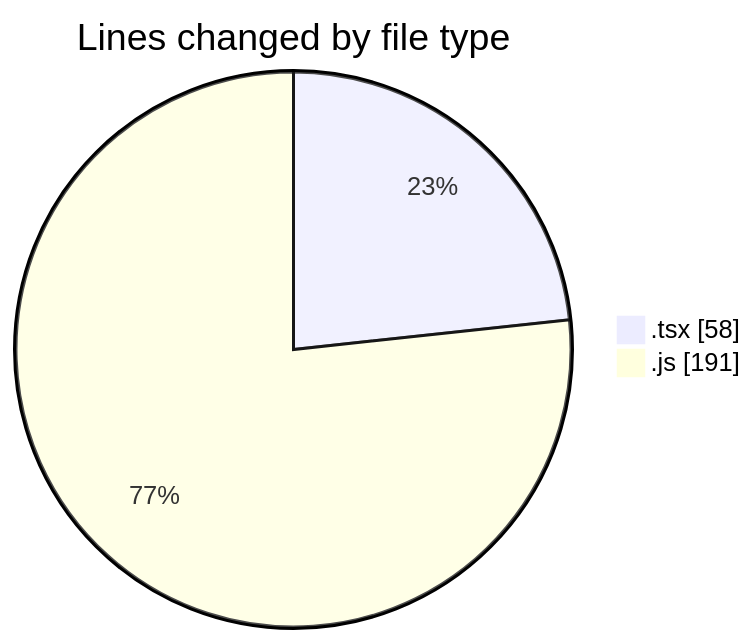
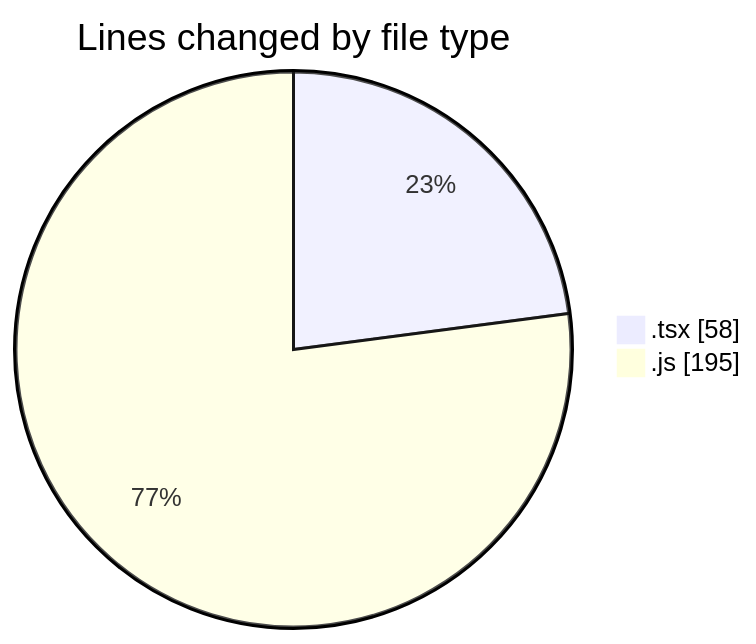
Before and after one commit to momahboobian/code-tracking: the first of 2 diagrams in 2025-03-07/cda/README.md, drawn with Mermaid. The commit also changed other lines of this file and 1 other file, not shown here.

````diff
--- a/2025-03-07/cda/README.md
+++ b/2025-03-07/cda/README.md
@@ -21,6 +21,6 @@
 ```mermaid
 pie showData
 title Lines changed by file type
 ".tsx" : 58
-".js" : 191
+".js" : 195
 ```
````
